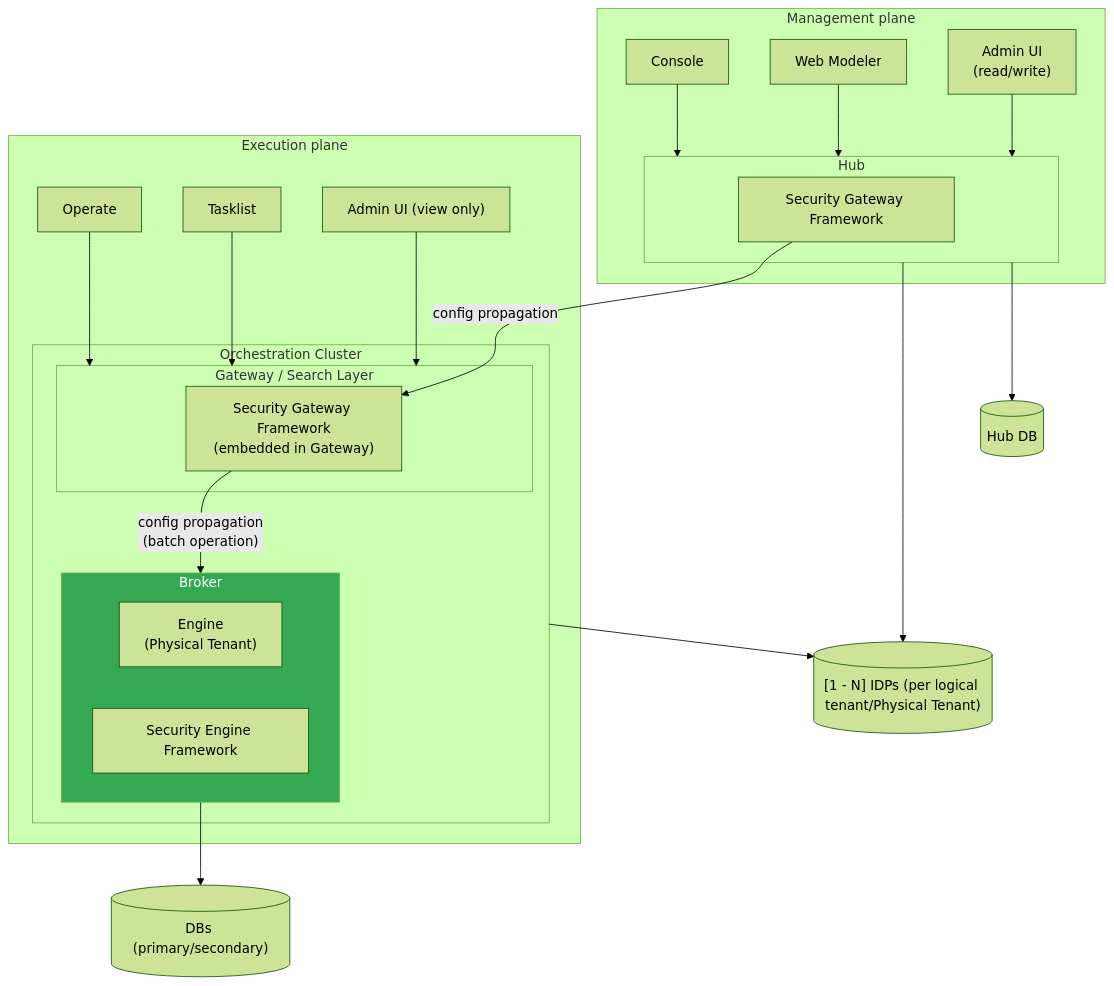
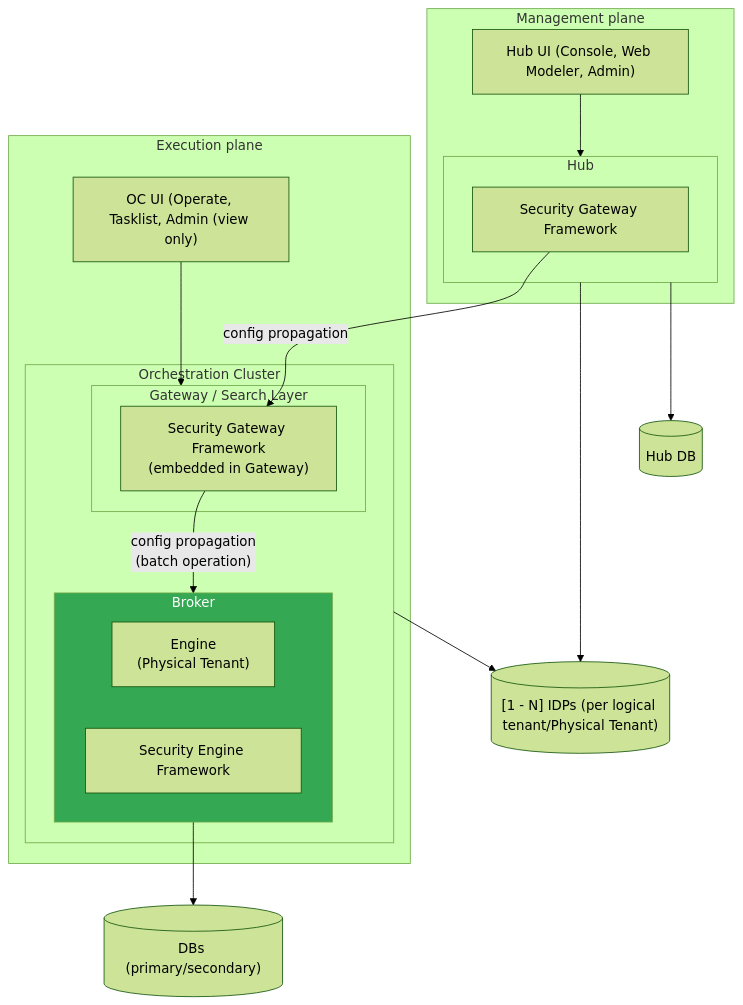
One commit to camunda/camunda-security-library changed the fifth of 22 diagrams in docs/architecture_docs.md. Above: the diagram before and after it, drawn with Mermaid (forest theme). The commit also changed other lines of this file, not shown here.

First line of the commit message:
docs: Refined architecture doc:

````diff
--- a/docs/architecture_docs.md
+++ b/docs/architecture_docs.md
@@ -425,46 +468,42 @@
 ```mermaid
 flowchart TB
   subgraph Mgmt["Management plane"]
-    Console["Console"]
-    WebModeler["Web Modeler"]
-    AdminHub["Admin UI</br>(read/write)"]
+    HubUi["Hub UI (Console, Web Modeler, Admin)"]
 
     subgraph Hub["Hub"]
       SecGatHub["Security Gateway Framework"]
     end
 
-    Console & WebModeler & AdminHub --> Hub
+    HubUi --> Hub
   end
 
   subgraph Execution["Execution plane"]
-    Operate["Operate"]
-    Tasklist["Tasklist"]
-    AdminOC["Admin UI (view only)"]
+    OcUi["OC UI (Operate, Tasklist, Admin (view only)"]
 
     subgraph OC["Orchestration Cluster"]
       subgraph GatewayLayer["Gateway / Search Layer"]
         SecGatOC["Security Gateway Framework</br>(embedded in Gateway)"]
       end
 
       subgraph Broker["Broker"]
         Engine["Engine</br>(Physical Tenant)"]
         SecEngFrame["Security Engine Framework"]
       end
 
       SecGatOC -->|"config propagation</br>(batch operation)"| Broker
     end
 
-    AdminOC & Operate & Tasklist --> GatewayLayer
+    OcUi --> GatewayLayer
   end
 
   IdPs[("[1 - N] IDPs (per logical tenant/Physical Tenant)")]
   DBs[("DBs (primary/secondary)")]
   HubDb[("Hub DB")]
 
   SecGatHub -->|"config propagation"| SecGatOC
   Broker --> DBs
   OC & Hub --> IdPs
   Hub --> HubDb
 
   style Broker fill:#34a853,color:#fff
 ```
````
